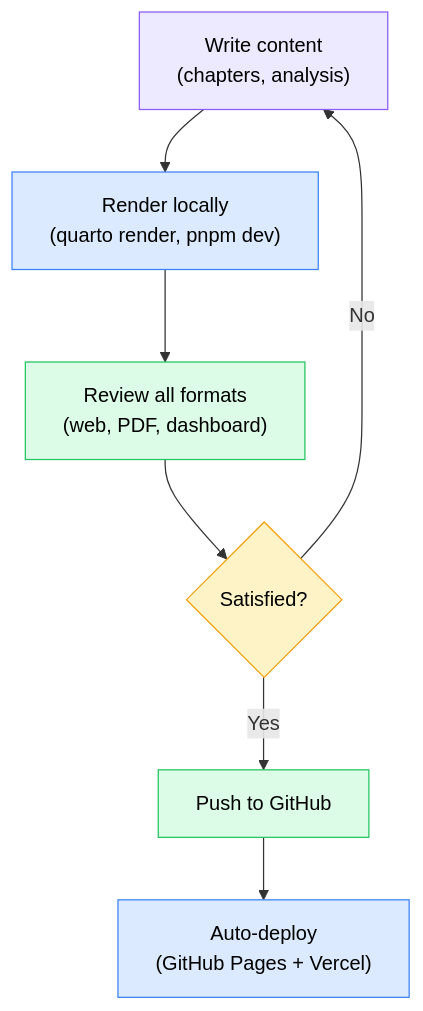
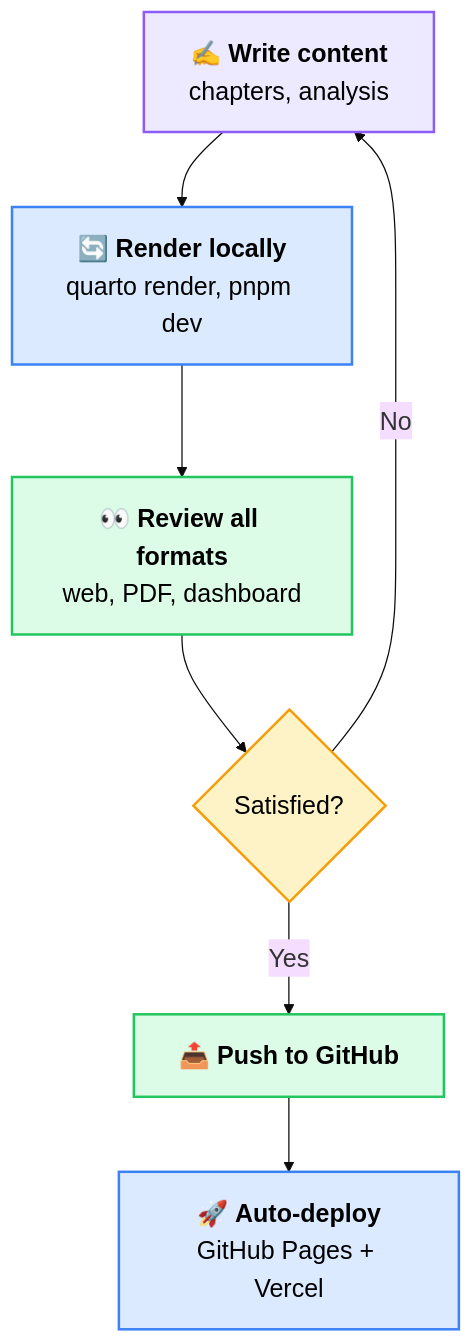
One commit to dataimago/dissertation changed the sixth of 6 diagrams in quarto_website/training-presentation.qmd. Above: the diagram before and after it, drawn with Mermaid. The commit also changed other lines of this file and 16 other files, not shown here.

````diff
--- a/quarto_website/training-presentation.qmd
+++ b/quarto_website/training-presentation.qmd
@@ -1014,19 +1138,19 @@
 ```{mermaid}
 %%| echo: false
-%%| eval: true
-%%| fig-width: 14
+%%| fig-responsive: false
+%%{init: {'theme': 'base', 'themeVariables': {'fontSize': '20px', 'fontFamily': 'Inter, system-ui, sans-serif'}, 'flowchart': {'nodeSpacing': 50, 'rankSpacing': 60, 'padding': 18, 'htmlLabels': true}}}%%
 flowchart TB
-    A["Write content\n(chapters, analysis)"] --> B["Render locally\n(quarto render, pnpm dev)"]
-    B --> C["Review all formats\n(web, PDF, dashboard)"]
+    A["✍️ <b>Write content</b><br/>chapters, analysis"] --> B["🔄 <b>Render locally</b><br/>quarto render, pnpm dev"]
+    B --> C["👀 <b>Review all formats</b><br/>web, PDF, dashboard"]
     C --> D{"Satisfied?"}
     D -->|"No"| A
-    D -->|"Yes"| E["Push to GitHub"]
-    E --> F["Auto-deploy\n(GitHub Pages + Vercel)"]
+    D -->|"Yes"| E["📤 <b>Push to GitHub</b>"]
+    E --> F["🚀 <b>Auto-deploy</b><br/>GitHub Pages + Vercel"]
 
-    style A fill:#ede9fe,stroke:#8b5cf6,color:#000
-    style B fill:#dbeafe,stroke:#3b82f6,color:#000
-    style C fill:#dcfce7,stroke:#22c55e,color:#000
-    style D fill:#fef3c7,stroke:#f59e0b,color:#000
-    style E fill:#dcfce7,stroke:#22c55e,color:#000
-    style F fill:#dbeafe,stroke:#3b82f6,color:#000
+    style A fill:#ede9fe,stroke:#8b5cf6,stroke-width:2px,color:#000
+    style B fill:#dbeafe,stroke:#3b82f6,stroke-width:2px,color:#000
+    style C fill:#dcfce7,stroke:#22c55e,stroke-width:2px,color:#000
+    style D fill:#fef3c7,stroke:#f59e0b,stroke-width:2px,color:#000
+    style E fill:#dcfce7,stroke:#22c55e,stroke-width:2px,color:#000
+    style F fill:#dbeafe,stroke:#3b82f6,stroke-width:2px,color:#000
 ```
````
